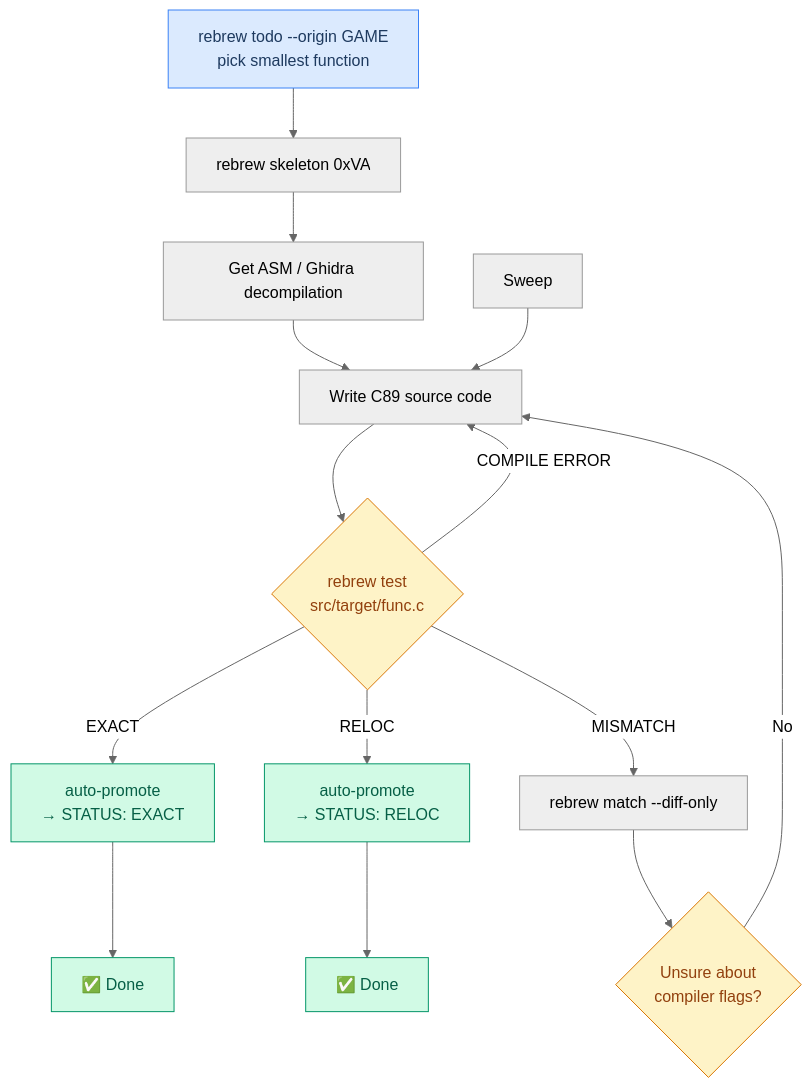
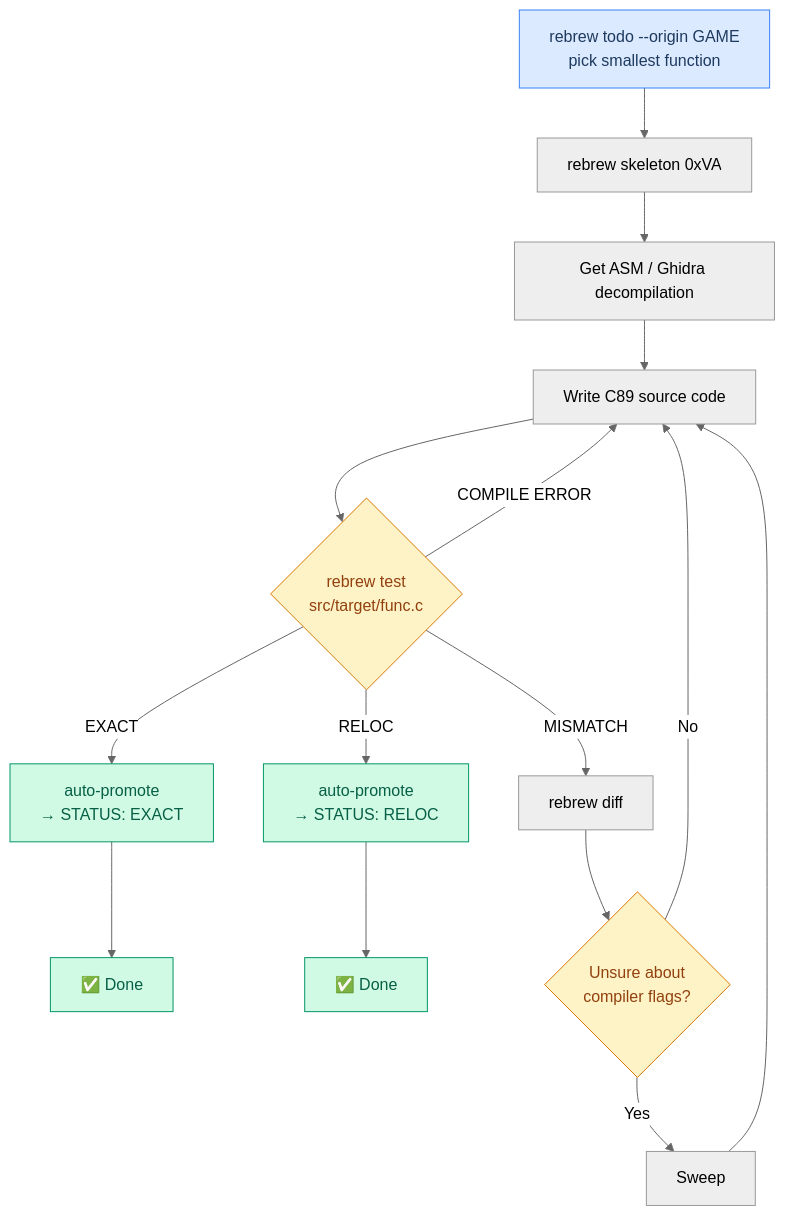
Before and after one commit to maci0/rebrew: the fourth of 16 diagrams in docs/USER_STORIES.md, drawn with Mermaid (neutral theme). The commit also changed other lines of this file and 19 other files, not shown here.

````diff
--- a/docs/USER_STORIES.md
+++ b/docs/USER_STORIES.md
@@ -115,24 +115,25 @@
 ```mermaid
 graph TD
     Pick["rebrew todo --origin GAME<br/>pick smallest function"] --> Skel["rebrew skeleton 0xVA"]
     Skel --> Decompile["Get ASM / Ghidra decompilation"]
     Decompile --> Write["Write C89 source code"]
     Write --> Test{"rebrew test<br/>src/target/func.c"}
     Test -->|EXACT| Promote["auto-promote<br/>→ STATUS: EXACT"]
     Promote --> Done["✅ Done"]
     Test -->|RELOC| PromoteR["auto-promote<br/>→ STATUS: RELOC"]
     PromoteR --> DoneR["✅ Done"]
-    Test -->|MISMATCH| Diff["rebrew match --diff-only"]
+    Test -->|MISMATCH| Diff["rebrew diff"]
     Test -->|COMPILE ERROR| Write
     Diff --> Flags{"Unsure about<br/>compiler flags?"}
     Sweep --> Write
+    Flags -->|Yes| Sweep
     Flags -->|No| Write
 
     style Pick fill:#dbeafe,stroke:#3b82f6,color:#1e3a5f
     style Promote fill:#d1fae5,stroke:#059669,color:#065f46
     style PromoteR fill:#d1fae5,stroke:#059669,color:#065f46
     style Done fill:#d1fae5,stroke:#059669,color:#065f46
     style DoneR fill:#d1fae5,stroke:#059669,color:#065f46
     style Test fill:#fef3c7,stroke:#d97706,color:#92400e
     style Flags fill:#fef3c7,stroke:#d97706,color:#92400e
 ```
````
